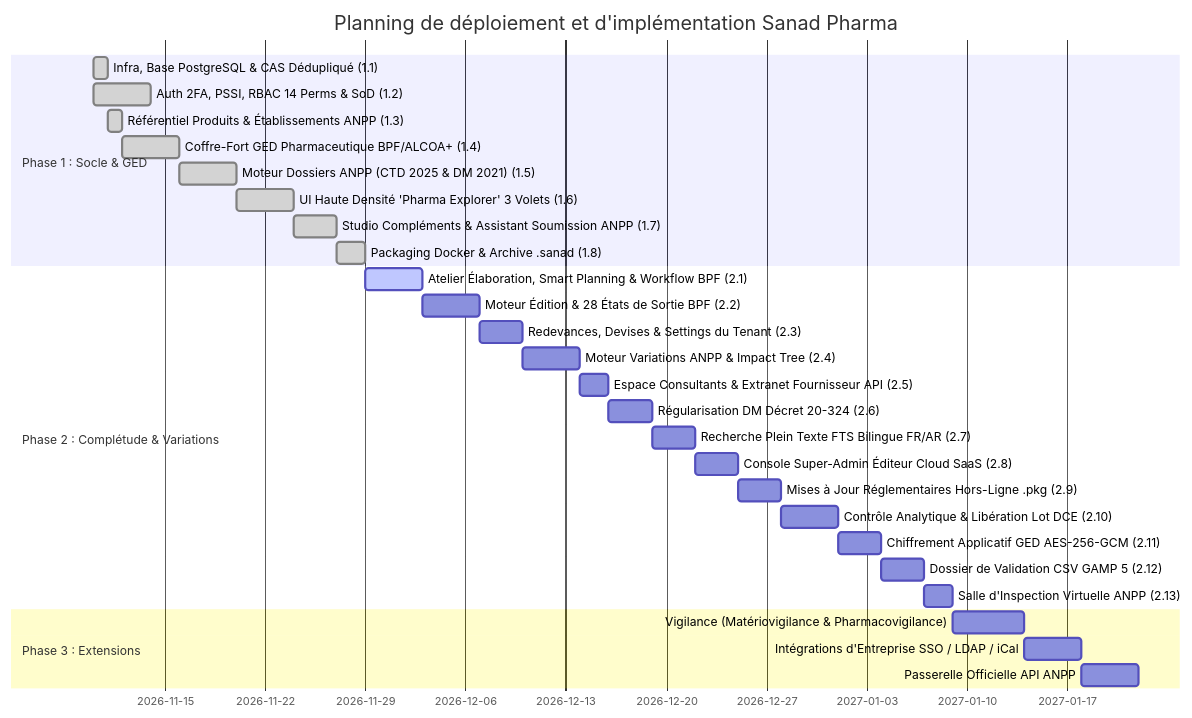
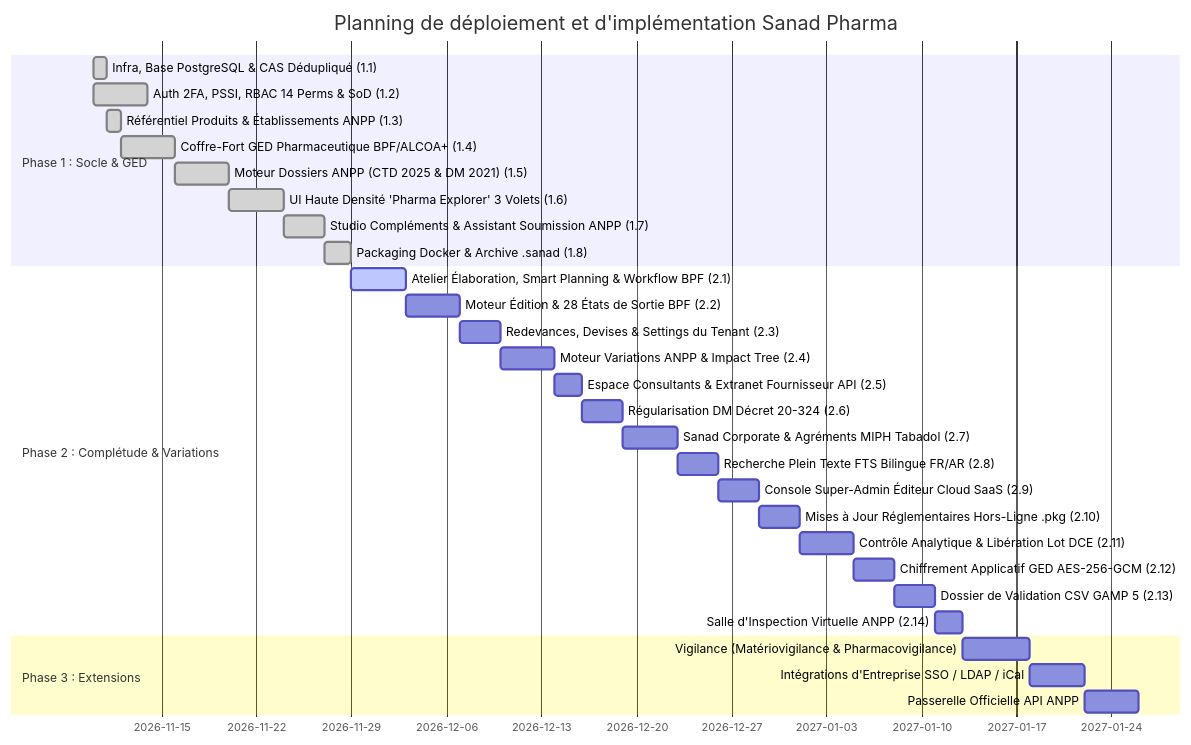
One commit to aassr1965/homolog changed the diagram in docs/roadmap.md. Above: the diagram before and after it, drawn with Mermaid. The commit also changed other lines of this file and 1 other file, not shown here.

Commit message:
docs: integrate Sanad Corporate (MIPH Establishment Licensing & Tabadol Gateway) into CDC and Roadmap

````diff
--- a/docs/roadmap.md
+++ b/docs/roadmap.md
@@ -20,32 +23,33 @@
 ```mermaid
 gantt
     title Planning de déploiement et d'implémentation Sanad Pharma
     dateFormat  YYYY-MM-DD
     section Phase 1 : Socle & GED
     Infra, Base PostgreSQL & CAS Dédupliqué (1.1)    :done, p1_1, 2026-11-10, 1d
     Auth 2FA, PSSI, RBAC 14 Perms & SoD (1.2)        :done, p1_2, 2026-11-10, 4d
     Référentiel Produits & Établissements ANPP (1.3) :done, p1_3, 2026-11-11, 1d
     Coffre-Fort GED Pharmaceutique BPF/ALCOA+ (1.4)  :done, p1_4, after p1_3, 4d
     Moteur Dossiers ANPP (CTD 2025 & DM 2021) (1.5)  :done, p1_5, after p1_4, 4d
     UI Haute Densité 'Pharma Explorer' 3 Volets (1.6):done, p1_6, after p1_5, 4d
     Studio Compléments & Assistant Soumission ANPP (1.7) :done, p1_7, after p1_6, 3d
     Packaging Docker & Archive .sanad (1.8)          :done, p1_8, after p1_7, 2d
     section Phase 2 : Complétude & Variations
     Atelier Élaboration, Smart Planning & Workflow BPF (2.1):active, p2_1, after p1_8, 4d
     Moteur Édition & 28 États de Sortie BPF (2.2)    :p2_2, after p2_1, 4d
     Redevances, Devises & Settings du Tenant (2.3)   :p2_3, after p2_2, 3d
     Moteur Variations ANPP & Impact Tree (2.4)       :p2_4, after p2_3, 4d
     Espace Consultants & Extranet Fournisseur API (2.5):p2_5, after p2_4, 2d
     Régularisation DM Décret 20-324 (2.6)            :p2_6, after p2_5, 3d
-    Recherche Plein Texte FTS Bilingue FR/AR (2.7)   :p2_7, after p2_6, 3d
-    Console Super-Admin Éditeur Cloud SaaS (2.8)     :p2_8, after p2_7, 3d
-    Mises à Jour Réglementaires Hors-Ligne .pkg (2.9):p2_9, after p2_8, 3d
-    Contrôle Analytique & Libération Lot DCE (2.10)  :p2_10, after p2_9, 4d
-    Chiffrement Applicatif GED AES-256-GCM (2.11)   :p2_11, after p2_10, 3d
-    Dossier de Validation CSV GAMP 5 (2.12)          :p2_12, after p2_11, 3d
-    Salle d'Inspection Virtuelle ANPP (2.13)         :p2_13, after p2_12, 2d
+    Sanad Corporate & Agréments MIPH Tabadol (2.7)   :p2_7, after p2_6, 4d
+    Recherche Plein Texte FTS Bilingue FR/AR (2.8)   :p2_8, after p2_7, 3d
+    Console Super-Admin Éditeur Cloud SaaS (2.9)     :p2_9, after p2_8, 3d
+    Mises à Jour Réglementaires Hors-Ligne .pkg (2.10):p2_10, after p2_9, 3d
+    Contrôle Analytique & Libération Lot DCE (2.11)  :p2_11, after p2_10, 4d
+    Chiffrement Applicatif GED AES-256-GCM (2.12)   :p2_12, after p2_11, 3d
+    Dossier de Validation CSV GAMP 5 (2.13)          :p2_13, after p2_12, 3d
+    Salle d'Inspection Virtuelle ANPP (2.14)         :p2_14, after p2_13, 2d
     section Phase 3 : Extensions
-    Vigilance (Matériovigilance & Pharmacovigilance) :p3_1, after p2_13, 5d
+    Vigilance (Matériovigilance & Pharmacovigilance) :p3_1, after p2_14, 5d
     Intégrations d'Entreprise SSO / LDAP / iCal      :p3_2, after p3_1, 4d
     Passerelle Officielle API ANPP                   :p3_3, after p3_2, 4d
 ```
````
